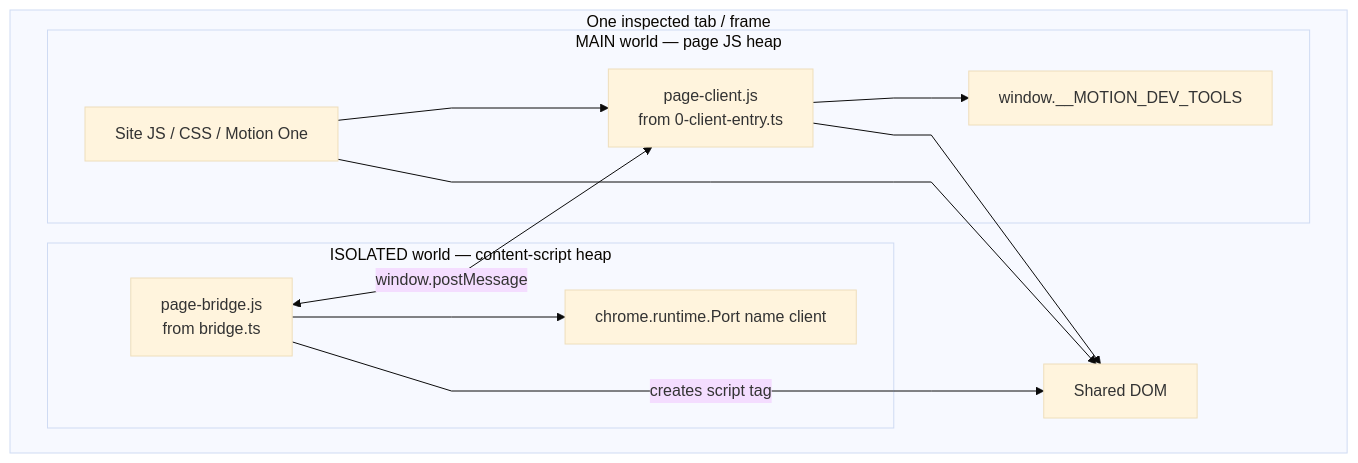
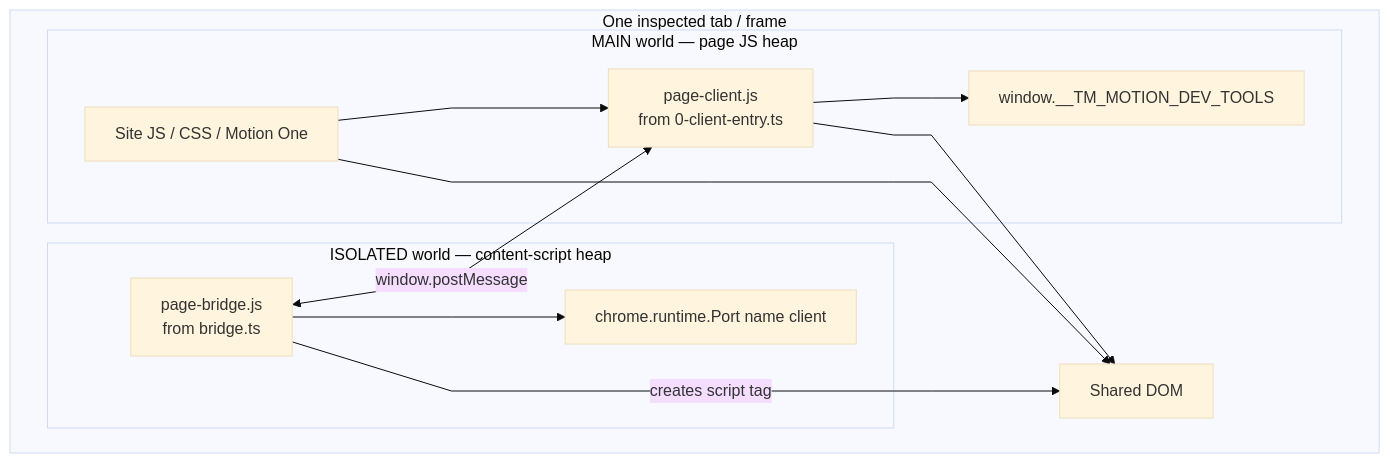
The first of 6 diagrams in assets/docs/2026.09.14.26, 2, main_isolated_worlds.md (maxzz/transitions-chrome), drawn with Mermaid (base theme) before and after one commit. The commit also changed other lines of this file and 12 other files, not shown here.

````diff
--- a/assets/docs/2026.09.14.26, 2, main_isolated_worlds.md
+++ b/assets/docs/2026.09.14.26, 2, main_isolated_worlds.md
@@ -22,32 +22,32 @@
 ```mermaid
 ---
 config:
   layout: dagre
   flowchart:
     curve: linear
     wrappingWidth: 240
 ---
 flowchart TB
   subgraph Tab["One inspected tab / frame"]
     subgraph Main["MAIN world — page JS heap"]
       Site["Site JS / CSS / Motion One"]
       Client["page-client.js<br/>from 0-client-entry.ts"]
-      Flags["window.__MOTION_DEV_TOOLS"]
+      Flags["window.__TM_MOTION_DEV_TOOLS"]
       Site --> Client
       Client --> Flags
     end
 
     subgraph Isolated["ISOLATED world — content-script heap"]
       Bridge["page-bridge.js<br/>from bridge.ts"]
       Runtime["chrome.runtime.Port name client"]
       Bridge --> Runtime
     end
 
     DOM["Shared DOM"]
     Site --> DOM
     Client --> DOM
     Bridge -->|"creates script tag"| DOM
   end
 
   Bridge <-->|"window.postMessage"| Client
 ```
````
